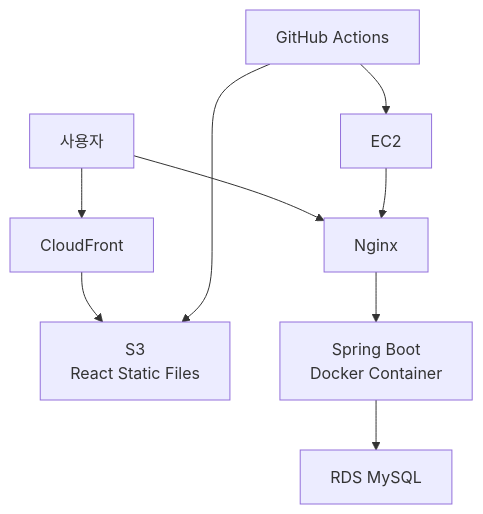
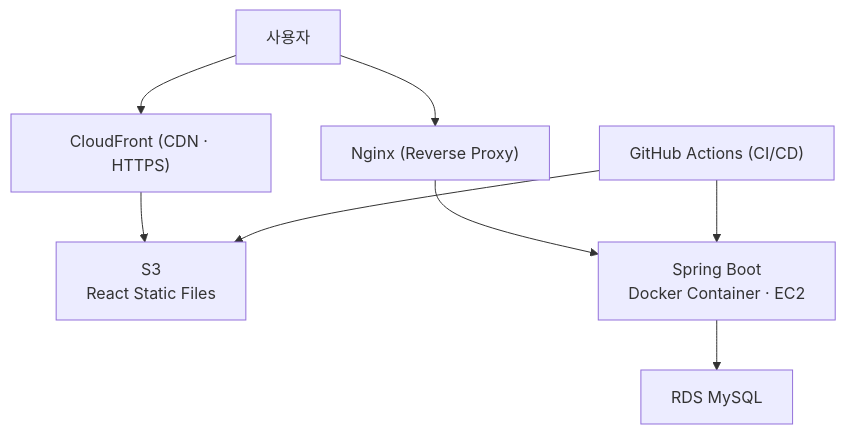
One commit to jeongbin5211/saas-wms-demo changed the second of 3 diagrams in README.md. Above: the diagram before and after it, drawn with Mermaid. The commit also changed other lines of this file, not shown here.

````diff
--- a/README.md
+++ b/README.md
@@ -183,20 +226,15 @@
 ```mermaid
 flowchart TD
     USER["사용자"]
-    CF["CloudFront"]
+    CF["CloudFront (CDN · HTTPS)"]
     S3["S3<br/>React Static Files"]
-    EC2["EC2"]
-    NGINX["Nginx"]
-    API["Spring Boot<br/>Docker Container"]
+    NGINX["Nginx (Reverse Proxy)"]
+    API["Spring Boot<br/>Docker Container · EC2"]
     RDS["RDS MySQL"]
-    GA["GitHub Actions"]
+    GA["GitHub Actions (CI/CD)"]
 
-    USER --> CF
-    CF --> S3
-    USER --> NGINX
-    NGINX --> API
-    EC2 --> NGINX
-    API --> RDS
+    USER --> CF --> S3
+    USER --> NGINX --> API --> RDS
     GA --> S3
-    GA --> EC2
+    GA --> API
 ```
````
